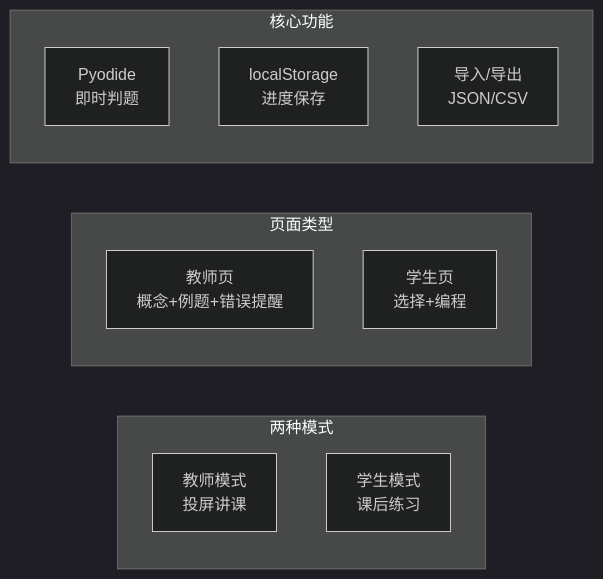
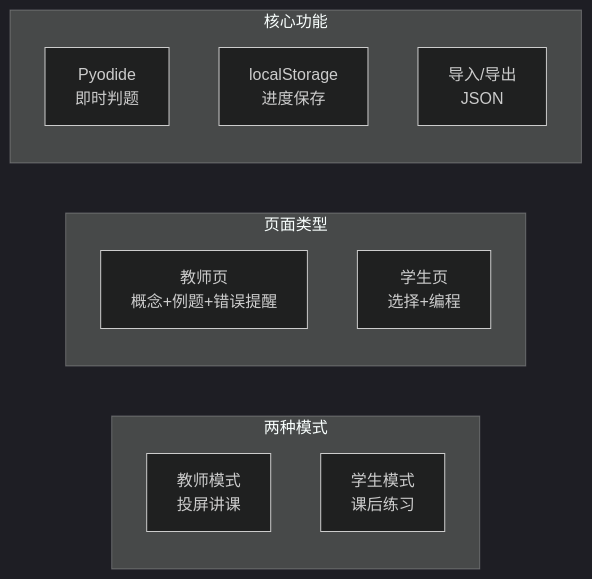
The second of 3 diagrams in docs/PRD.md (v587labs/ycl-python-level4), drawn with Mermaid (dark theme) before and after one commit. The commit also changed other lines of this file and 8 other files, not shown here.

First line of the commit message:
refactor: remove CSV export and enhance JSON export

````diff
--- a/docs/PRD.md
+++ b/docs/PRD.md
@@ -752,16 +752,16 @@
 ```mermaid
 flowchart LR
     subgraph Modes["两种模式"]
         Teacher["教师模式<br/>投屏讲课"]
         Student["学生模式<br/>课后练习"]
     end
     subgraph Pages["页面类型"]
         TP["教师页<br/>概念+例题+错误提醒"]
         SP["学生页<br/>选择+编程"]
     end
     subgraph Core["核心功能"]
         Pyodide["Pyodide<br/>即时判题"]
         Progress["localStorage<br/>进度保存"]
-        Import["导入/导出<br/>JSON/CSV"]
+        Import["导入/导出<br/>JSON"]
     end
 ```
````
